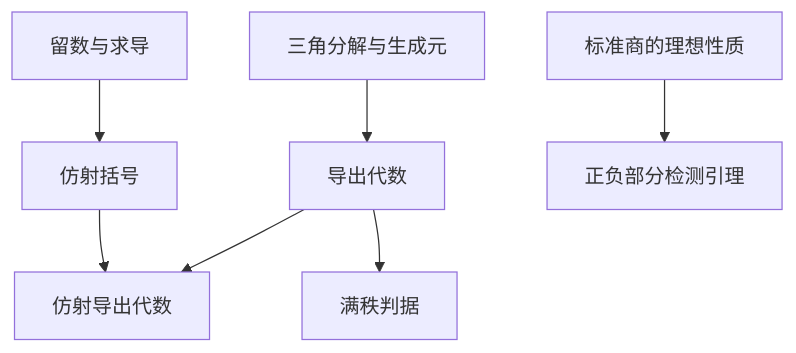
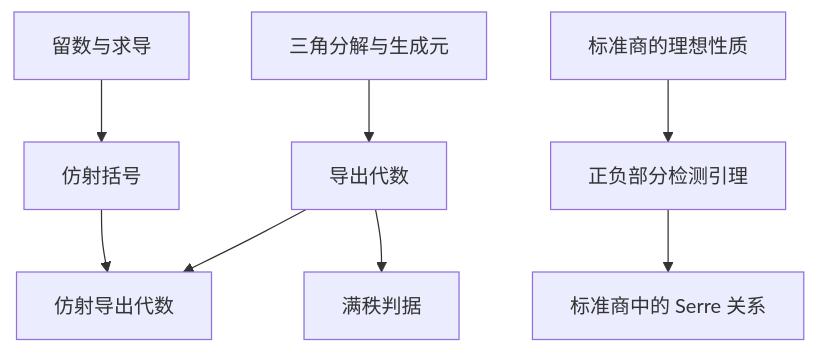
The second of 3 diagrams in 李代数/00_李代数课程总览.md (xsoc1/math-notes), drawn with Mermaid before and after one commit. The commit also changed other lines of this file and 6 other files, not shown here.

````diff
--- a/李代数/00_李代数课程总览.md
+++ b/李代数/00_李代数课程总览.md
@@ -137,9 +142,10 @@
 ```mermaid
 flowchart TD
 	A[留数与求导] --> B[仿射括号]
 	C[三角分解与生成元] --> D[导出代数]
 	D --> E[满秩判据]
 	B --> F[仿射导出代数]
 	D --> F
 	G[标准商的理想性质] --> H[正负部分检测引理]
+	H --> S[标准商中的 Serre 关系]
 ```
````
